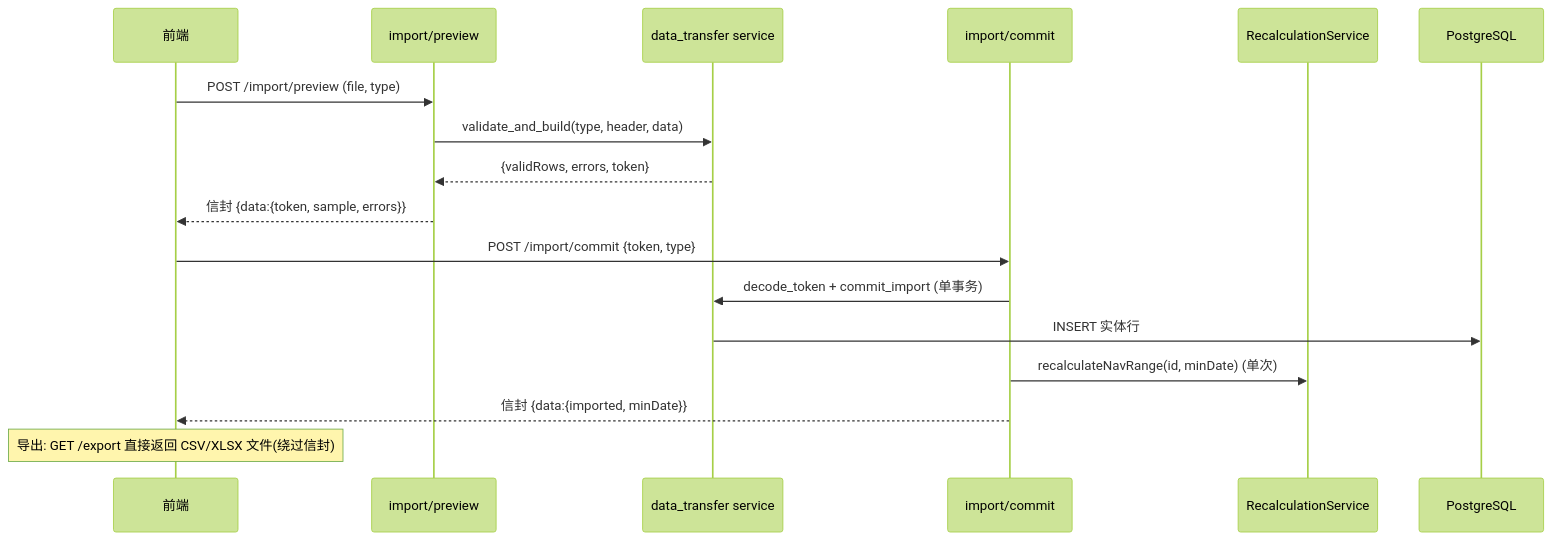
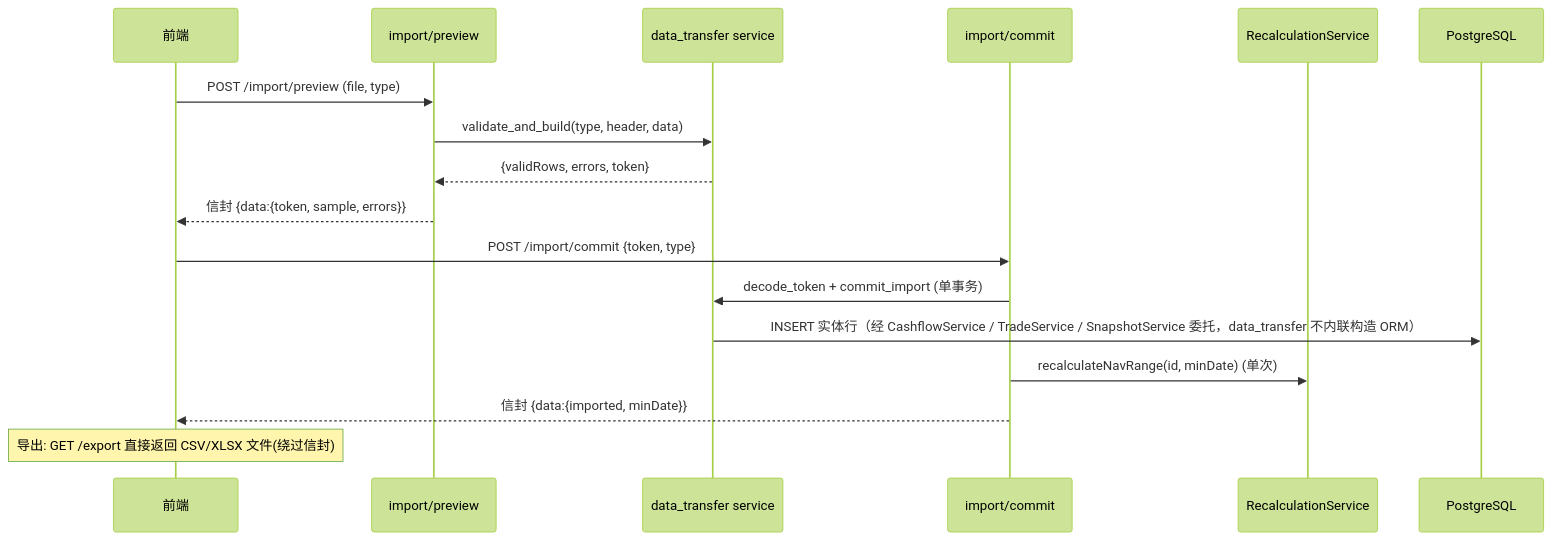
Before and after one commit to dolphin738/investment-tracker: the fifth of 5 diagrams in docs/ARCHITECTURE.md, drawn with Mermaid (forest theme). The commit also changed other lines of this file and 5 other files, not shown here.

First line of the commit message:
refactor: 收口 auth 与 data_transfer 写入路径到 Service 层 + 同步 ARCHITECTURE §8.4

````diff
--- a/docs/ARCHITECTURE.md
+++ b/docs/ARCHITECTURE.md
@@ -826,19 +827,19 @@
 ```mermaid
 sequenceDiagram
     participant U as 前端
     participant P as import/preview
     participant DT as data_transfer service
     participant C as import/commit
     participant RC as RecalculationService
     participant DB as PostgreSQL
     U->>P: POST /import/preview (file, type)
     P->>DT: validate_and_build(type, header, data)
     DT-->>P: {validRows, errors, token}
     P-->>U: 信封 {data:{token, sample, errors}}
     U->>C: POST /import/commit {token, type}
     C->>DT: decode_token + commit_import (单事务)
-    DT->>DB: INSERT 实体行
+    DT->>DB: INSERT 实体行（经 CashflowService / TradeService / SnapshotService 委托，data_transfer 不内联构造 ORM）
     C->>RC: recalculateNavRange(id, minDate)  (单次)
     C-->>U: 信封 {data:{imported, minDate}}
     Note over U: 导出: GET /export 直接返回 CSV/XLSX 文件(绕过信封)
 ```
````
